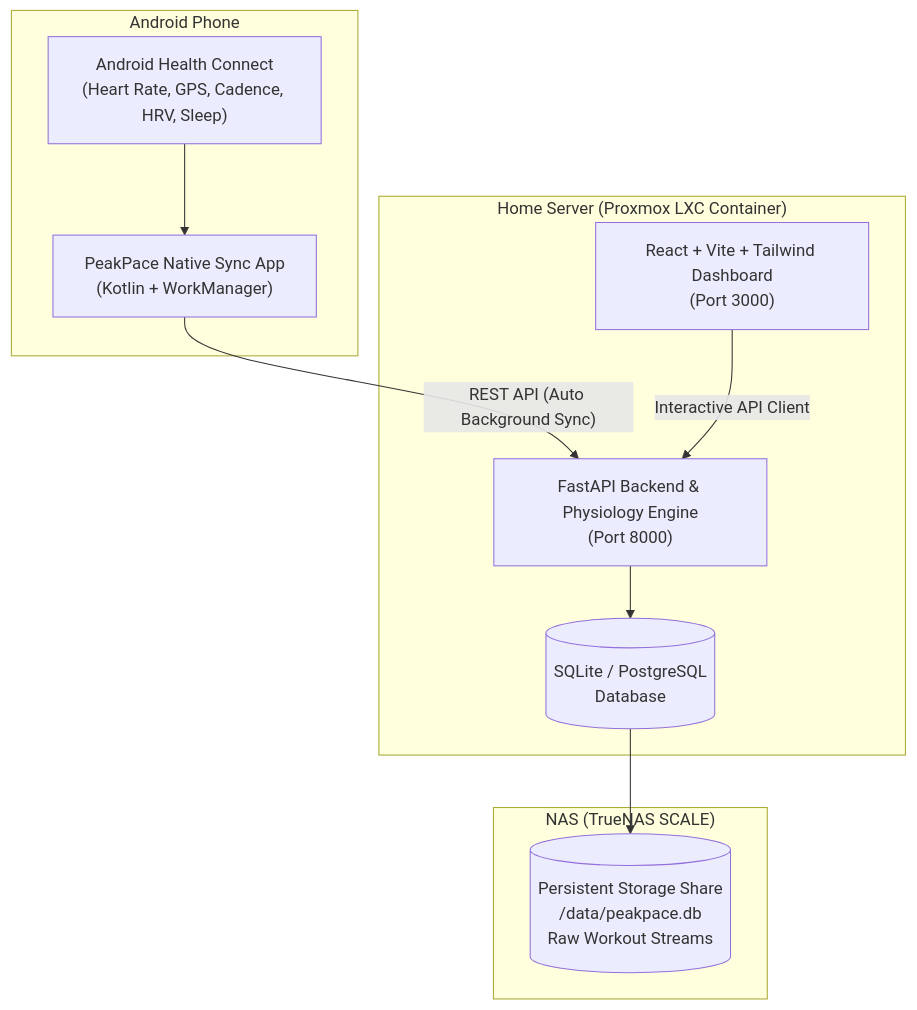
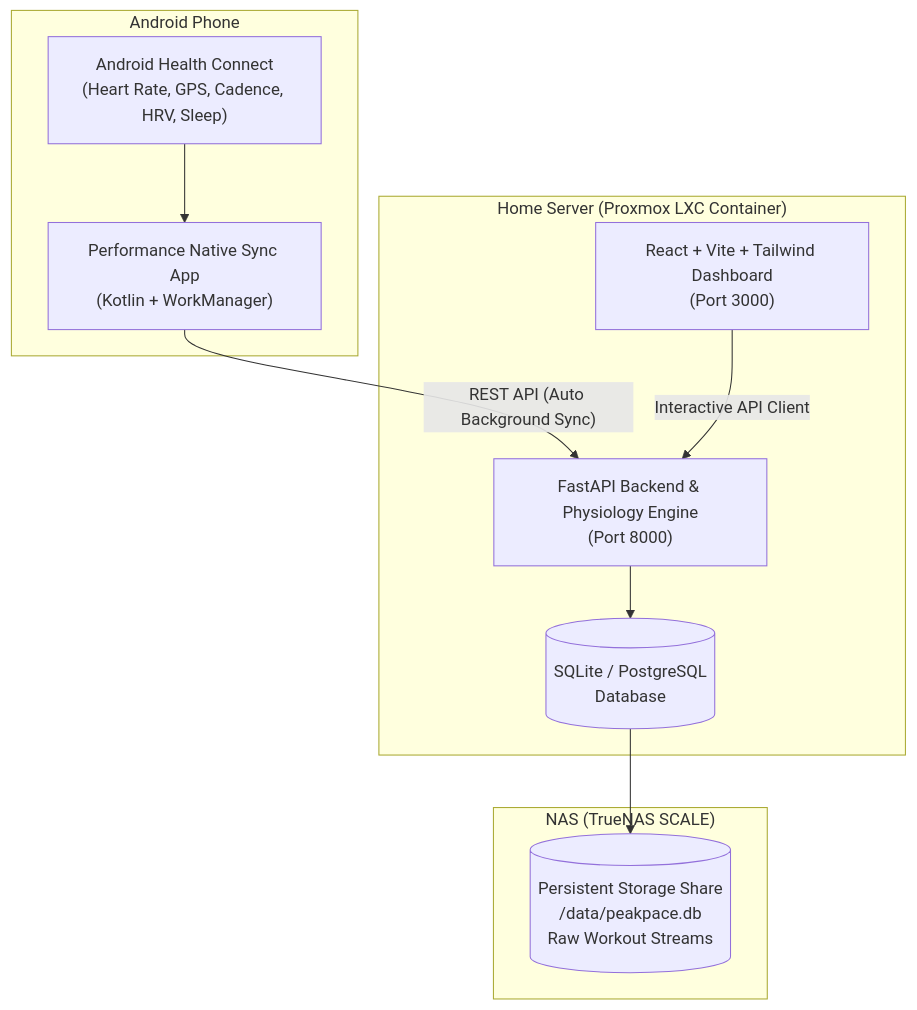
One commit to pereira-fabio/performance changed the diagram in README.md. Above: the diagram before and after it, drawn with Mermaid. The commit also changed other lines of this file and 38 other files, not shown here.

````diff
--- a/README.md
+++ b/README.md
@@ -25,23 +27,23 @@
 ```mermaid
 graph TD
     subgraph "Android Phone"
         HC["Android Health Connect\n(Heart Rate, GPS, Cadence, HRV, Sleep)"]
-        APP["PeakPace Native Sync App\n(Kotlin + WorkManager)"]
+        APP["Performance Native Sync App\n(Kotlin + WorkManager)"]
         HC --> APP
     end
 
     subgraph "Home Server (Proxmox LXC Container)"
         API["FastAPI Backend & Physiology Engine\n(Port 8000)"]
         FE["React + Vite + Tailwind Dashboard\n(Port 3000)"]
         DB[(SQLite / PostgreSQL\nDatabase)]
     end
 
     subgraph "NAS (TrueNAS SCALE)"
         NAS[("Persistent Storage Share\n/data/peakpace.db\nRaw Workout Streams")]
     end
 
     APP -->|"REST API (Auto Background Sync)"| API
     FE -->|"Interactive API Client"| API
     API --> DB
     DB --> NAS
 ```
````
